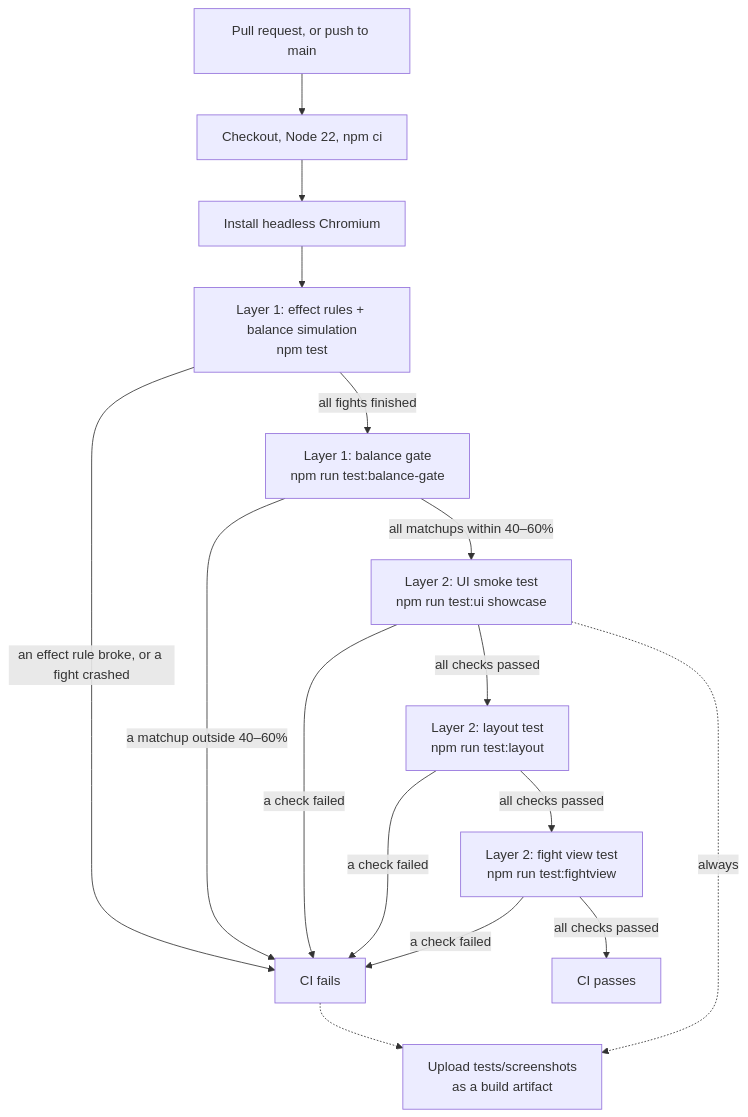
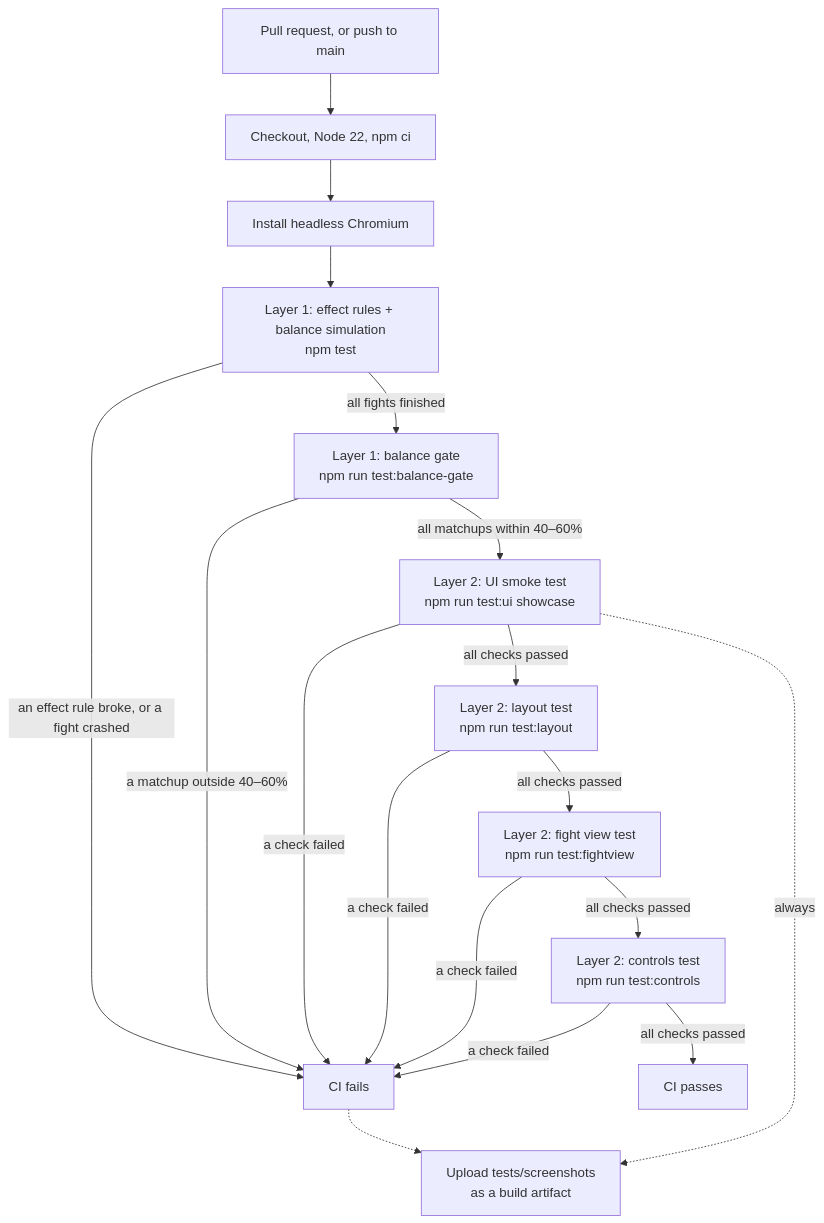
Before and after one commit to Heaxyle/drake-arena: the diagram in TESTING.md, drawn with Mermaid. The commit also changed other lines of this file and 8 other files, not shown here.

````diff
--- a/TESTING.md
+++ b/TESTING.md
@@ -12,18 +12,20 @@
 ```mermaid
 flowchart TD
     A[Pull request, or push to main] --> B[Checkout, Node 22, npm ci]
     B --> C[Install headless Chromium]
     C --> D["Layer 1: effect rules + balance simulation<br/>npm test"]
     D -->|an effect rule broke, or a fight crashed| X[CI fails]
     D -->|all fights finished| G["Layer 1: balance gate<br/>npm run test:balance-gate"]
     G -->|a matchup outside 40–60%| X
     G -->|all matchups within 40–60%| E["Layer 2: UI smoke test<br/>npm run test:ui showcase"]
     E -->|a check failed| X
     E -->|all checks passed| L["Layer 2: layout test<br/>npm run test:layout"]
     L -->|a check failed| X
     L -->|all checks passed| V["Layer 2: fight view test<br/>npm run test:fightview"]
     V -->|a check failed| X
-    V -->|all checks passed| P[CI passes]
+    V -->|all checks passed| K["Layer 2: controls test<br/>npm run test:controls"]
+    K -->|a check failed| X
+    K -->|all checks passed| P[CI passes]
     E -.->|always| S[Upload tests/screenshots<br/>as a build artifact]
     X -.-> S
 ```
````
